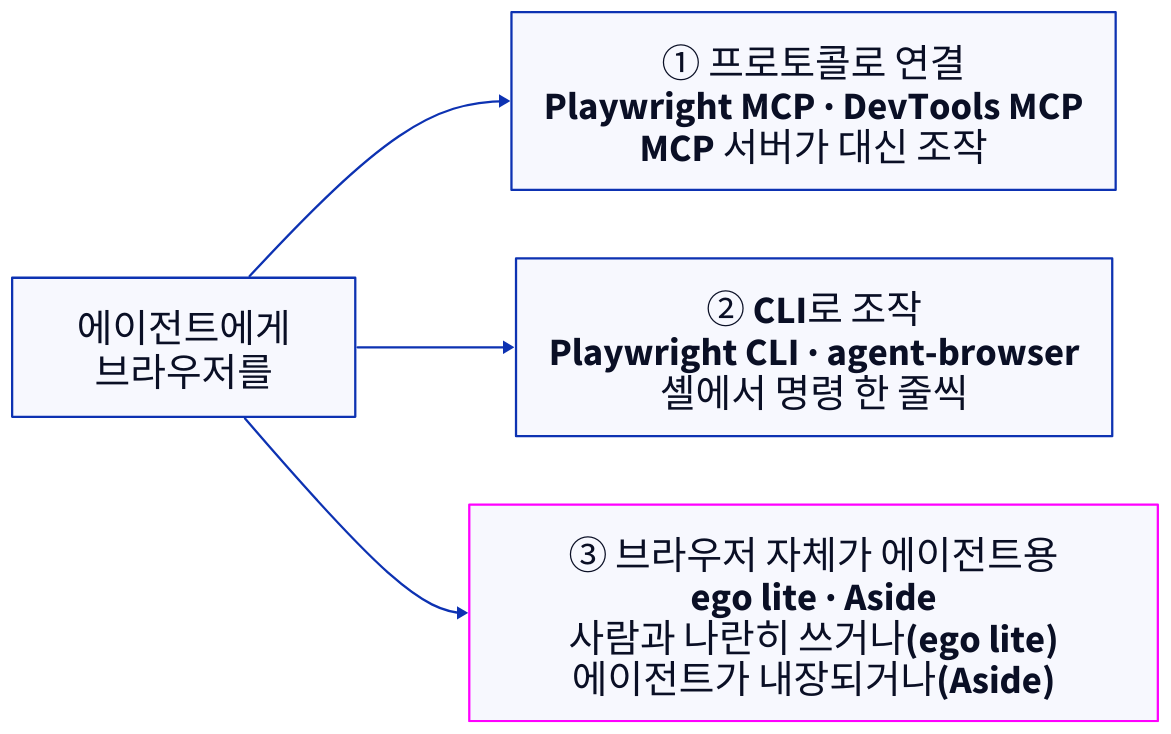
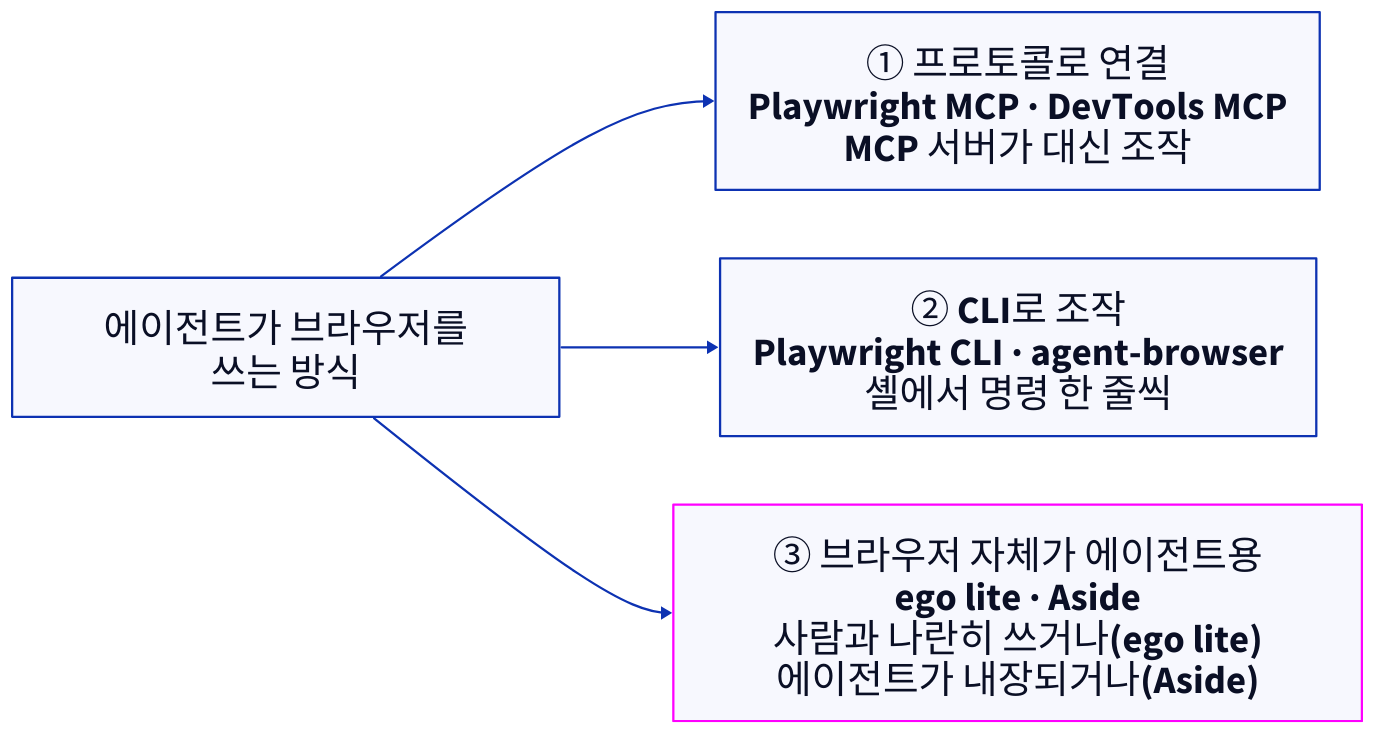
The diagram in kangnam-agentic/diagrams/src/p10-agent-browsers.d2 (TheMagicTower/korean-ai-dev-course), drawn with D2 before and after one commit. The commit also changed 42 other files, not shown here.

```diff
--- a/kangnam-agentic/diagrams/src/p10-agent-browsers.d2
+++ b/kangnam-agentic/diagrams/src/p10-agent-browsers.d2
@@ -1,13 +1,13 @@
 direction: right
-q: "에이전트에게\n브라우저를"
+q: "에이전트가 브라우저를\n쓰는 방식"
 p1: "① 프로토콜로 연결\nPlaywright MCP · DevTools MCP\nMCP 서버가 대신 조작"
 p2: "② CLI로 조작\nPlaywright CLI · agent-browser\n셸에서 명령 한 줄씩"
 p3: "③ 브라우저 자체가 에이전트용\nego lite · Aside\n사람과 나란히 쓰거나(ego lite)\n에이전트가 내장되거나(Aside)" {
   style.stroke: "#ff00ff"
 }
 q -> p1
 q -> p2
 q -> p3
 
 **.style.font-size: 34
 (** -> **)[*].style.font-size: 26
```
